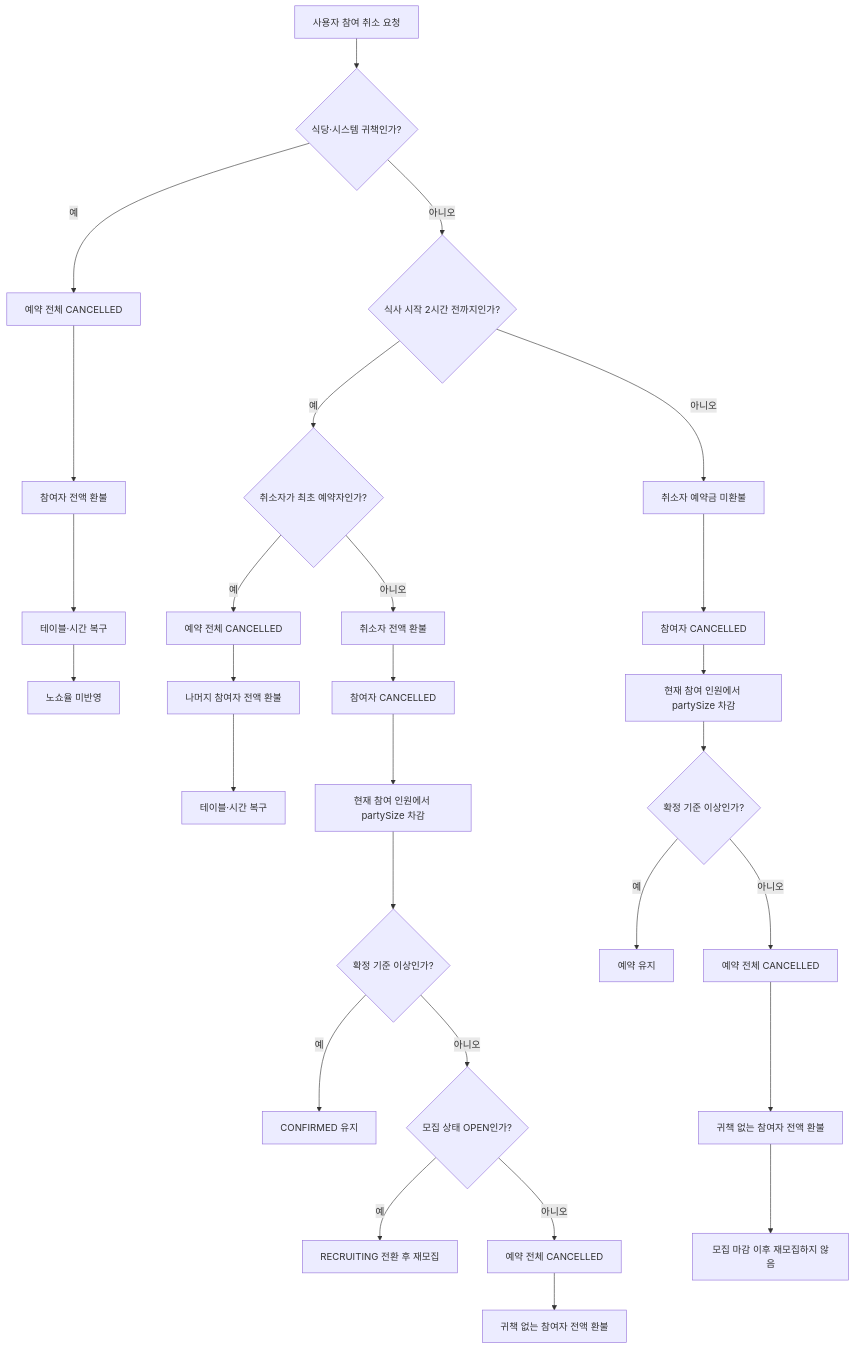
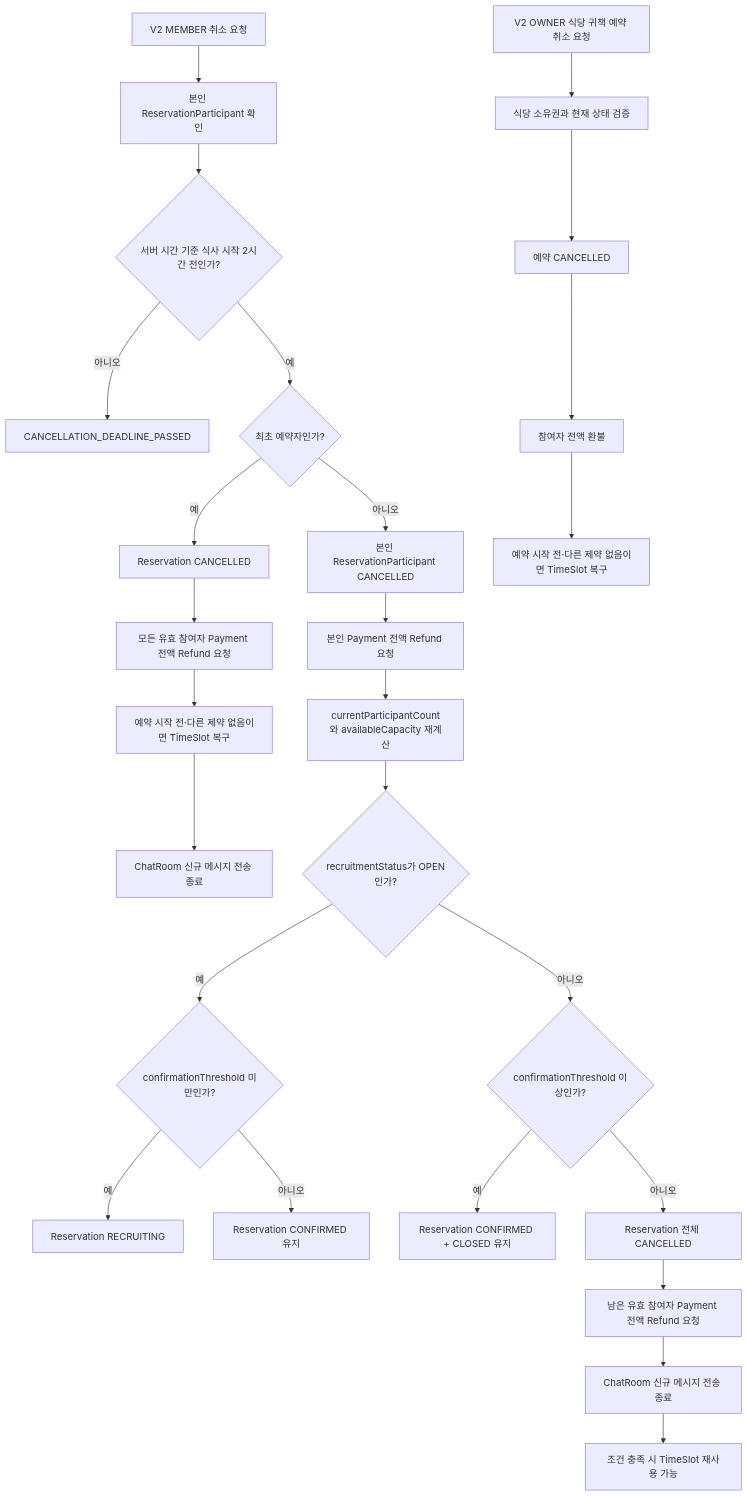
One commit to bobfull-project/bobfull-backend changed the third of 8 diagrams in docs/bobfull_full_flowchart_mermaid.md. Above: the diagram before and after it, drawn with Mermaid. The commit also changed other lines of this file and 6 other files, not shown here.

Commit message:
docs: 프로젝트 정책 API ERD 동기화

````diff
--- a/docs/bobfull_full_flowchart_mermaid.md
+++ b/docs/bobfull_full_flowchart_mermaid.md
@@ -118,33 +138,31 @@
 ```mermaid
 flowchart TD
-    C1[사용자 참여 취소 요청] --> C2{식당·시스템 귀책인가?}
-    C2 -- 예 --> CS1[예약 전체 CANCELLED]
-    CS1 --> CS2[참여자 전액 환불]
-    CS2 --> CS3[테이블·시간 복구]
-    CS3 --> CS4[노쇼율 미반영]
+    C1[V2 MEMBER 취소 요청] --> C2[본인 ReservationParticipant 확인]
+    C2 --> C3{서버 시간 기준 식사 시작 2시간 전인가?}
+    C3 -- 아니오 --> CERR1[CANCELLATION_DEADLINE_PASSED]
+    C3 -- 예 --> C4{최초 예약자인가?}
 
-    C2 -- 아니오 --> C3{식사 시작 2시간 전까지인가?}
-    C3 -- 예 --> C4{취소자가 최초 예약자인가?}
-    C4 -- 예 --> C5[예약 전체 CANCELLED]
-    C5 --> C6[나머지 참여자 전액 환불]
-    C6 --> C7[테이블·시간 복구]
+    C4 -- 예 --> C5[Reservation CANCELLED]
+    C5 --> C6[모든 유효 참여자 Payment 전액 Refund 요청]
+    C6 --> C7[예약 시작 전·다른 제약 없음이면 TimeSlot 복구]
+    C7 --> C8[ChatRoom 신규 메시지 전송 종료]
 
-    C4 -- 아니오 --> C8[취소자 전액 환불]
-    C8 --> C9[참여자 CANCELLED]
-    C9 --> C10[현재 참여 인원에서 partySize 차감]
-    C10 --> C11{확정 기준 이상인가?}
-    C11 -- 예 --> C12[CONFIRMED 유지]
-    C11 -- 아니오 --> C13{모집 상태 OPEN인가?}
-    C13 -- 예 --> C14[RECRUITING 전환 후 재모집]
-    C13 -- 아니오 --> C15[예약 전체 CANCELLED]
-    C15 --> C16[귀책 없는 참여자 전액 환불]
+    C4 -- 아니오 --> C9[본인 ReservationParticipant CANCELLED]
+    C9 --> C10[본인 Payment 전액 Refund 요청]
+    C10 --> C11[currentParticipantCount와 availableCapacity 재계산]
+    C11 --> C12{recruitmentStatus가 OPEN인가?}
+    C12 -- 예 --> C13{confirmationThreshold 미만인가?}
+    C13 -- 예 --> C14[Reservation RECRUITING]
+    C13 -- 아니오 --> C15[Reservation CONFIRMED 유지]
+    C12 -- 아니오 --> C16{confirmationThreshold 이상인가?}
+    C16 -- 예 --> C17[Reservation CONFIRMED + CLOSED 유지]
+    C16 -- 아니오 --> C18[Reservation 전체 CANCELLED]
+    C18 --> C19[남은 유효 참여자 Payment 전액 Refund 요청]
+    C19 --> C20[ChatRoom 신규 메시지 전송 종료]
+    C20 --> C21[조건 충족 시 TimeSlot 재사용 가능]
 
-    C3 -- 아니오 --> C17[취소자 예약금 미환불]
-    C17 --> C18[참여자 CANCELLED]
-    C18 --> C19[현재 참여 인원에서 partySize 차감]
-    C19 --> C20{확정 기준 이상인가?}
-    C20 -- 예 --> C21[예약 유지]
-    C20 -- 아니오 --> C22[예약 전체 CANCELLED]
-    C22 --> C23[귀책 없는 참여자 전액 환불]
-    C23 --> C24[모집 마감 이후 재모집하지 않음]
+    O1[V2 OWNER 식당 귀책 예약 취소 요청] --> O2[식당 소유권과 현재 상태 검증]
+    O2 --> O3[예약 CANCELLED]
+    O3 --> O4[참여자 전액 환불]
+    O4 --> O5[예약 시작 전·다른 제약 없음이면 TimeSlot 복구]
 ```
````
